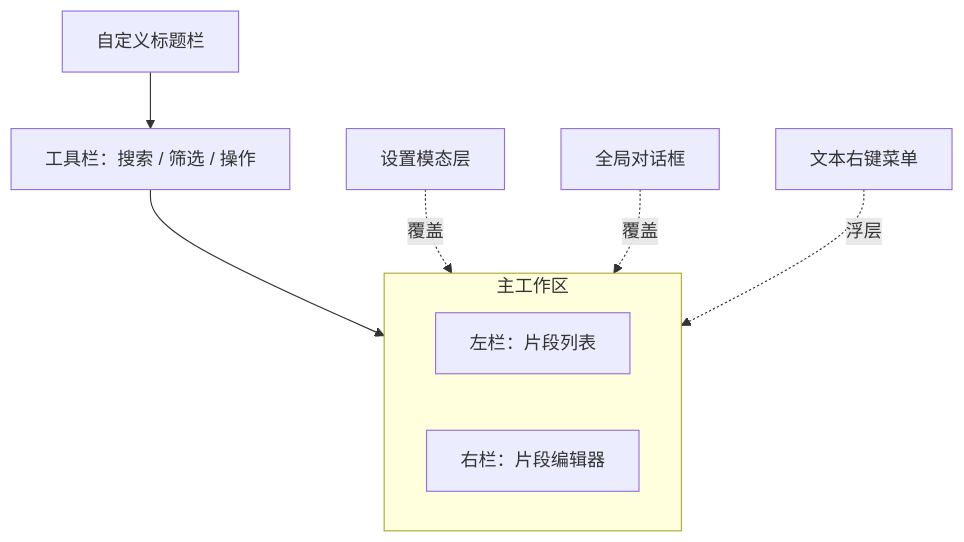
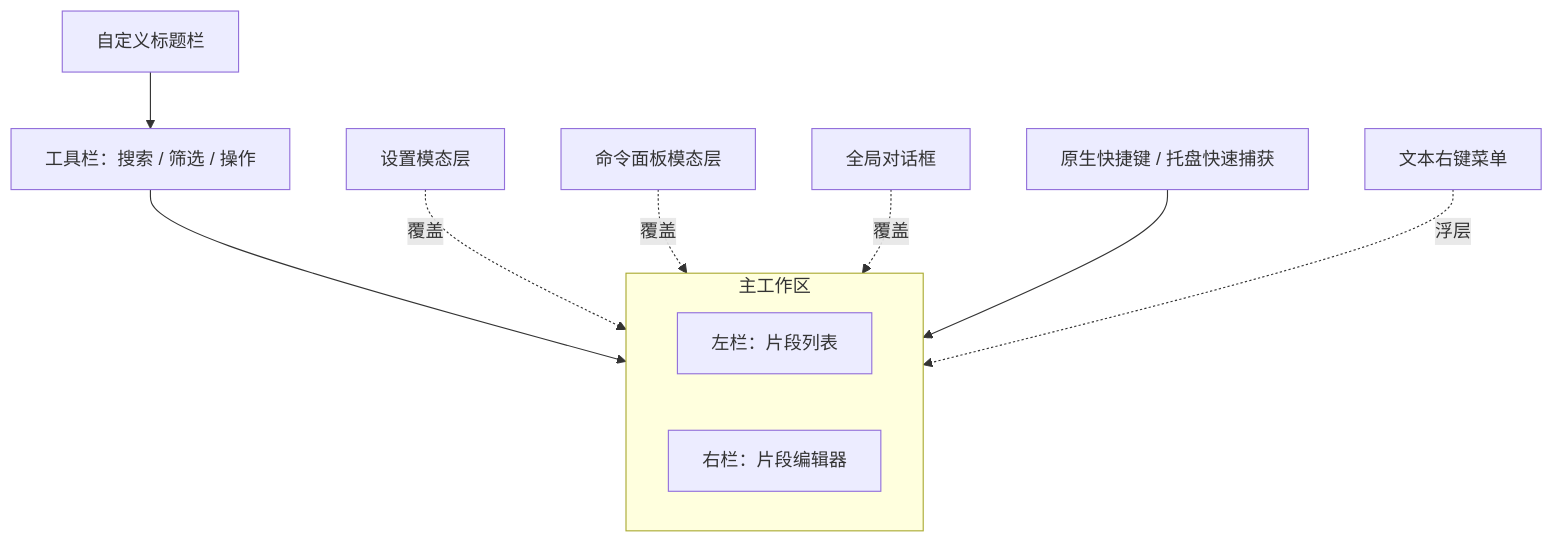
The first of 4 diagrams in docs/feature-design.md (rainerosion/snipvault), drawn with Mermaid before and after one commit. The commit also changed other lines of this file and 35 other files, not shown here.

````diff
--- a/docs/feature-design.md
+++ b/docs/feature-design.md
@@ -9,14 +9,16 @@
 ```mermaid
 flowchart TB
     TITLE[自定义标题栏]
     TOOLBAR[工具栏：搜索 / 筛选 / 操作]
     TITLE --> TOOLBAR
     TOOLBAR --> MAIN
     subgraph MAIN[主工作区]
         SIDEBAR[左栏：片段列表]
         EDITOR[右栏：片段编辑器]
     end
     SETTINGS[设置模态层] -. 覆盖 .-> MAIN
+    PALETTE[命令面板模态层] -. 覆盖 .-> MAIN
     DIALOG[全局对话框] -. 覆盖 .-> MAIN
+    CAPTURE[原生快捷键 / 托盘快速捕获] --> MAIN
     CONTEXT[文本右键菜单] -. 浮层 .-> MAIN
 ```
````
